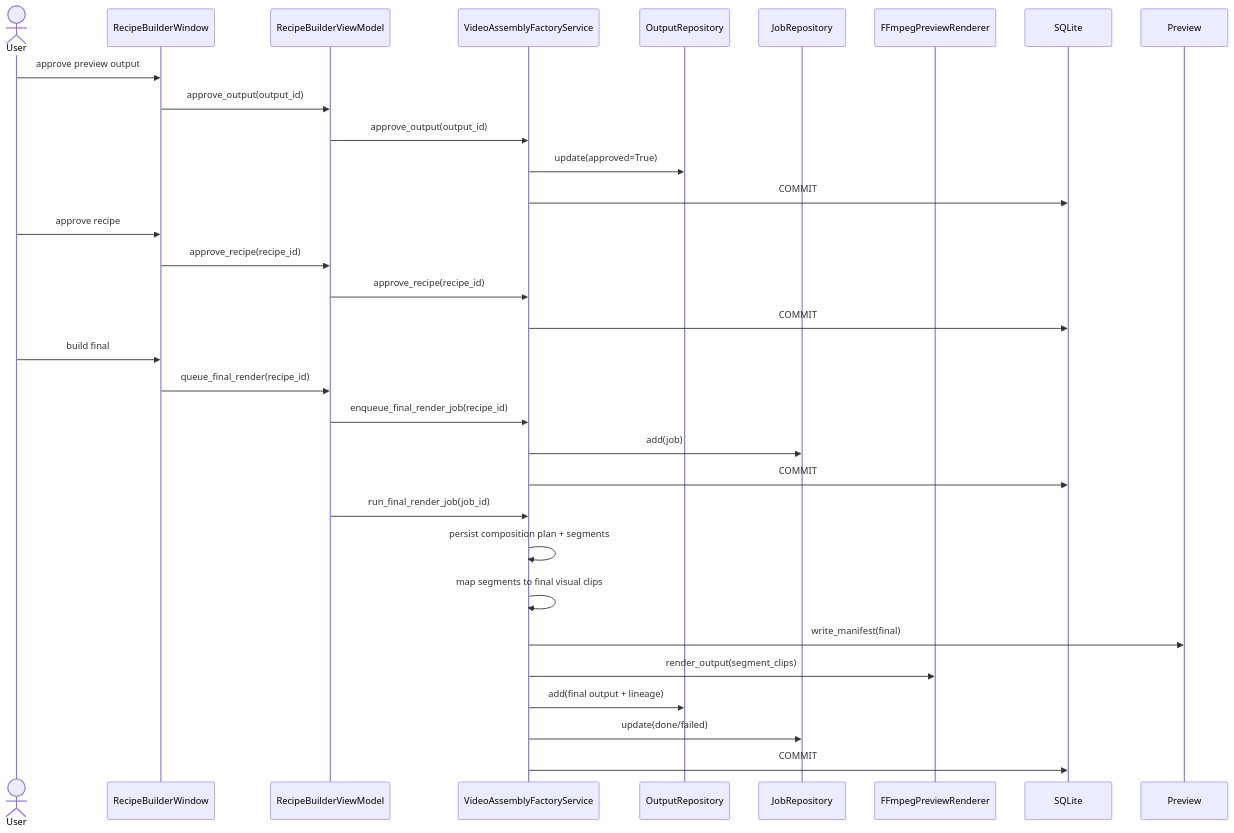
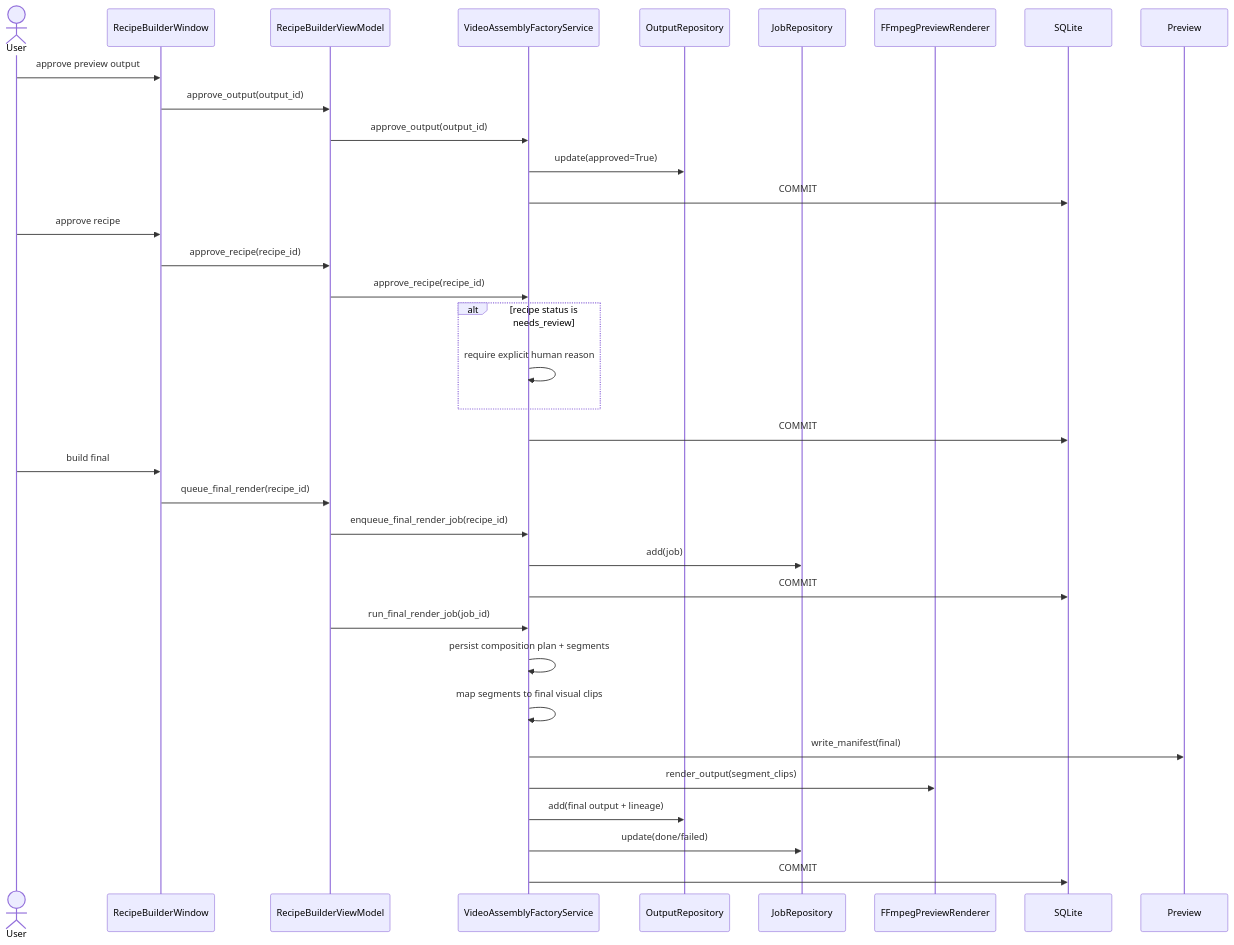
Before and after one commit to idev006/MTClipFactory: the fifth of 13 diagrams in doc/10_UML_System_Overview.md, drawn with Mermaid. The commit also changed other lines of this file and 29 other files, not shown here.

````diff
--- a/doc/10_UML_System_Overview.md
+++ b/doc/10_UML_System_Overview.md
@@ -317,34 +329,37 @@
 ```mermaid
 sequenceDiagram
     actor User
     participant View as RecipeBuilderWindow
     participant VM as RecipeBuilderViewModel
     participant Factory as VideoAssemblyFactoryService
     participant Out as OutputRepository
     participant JobRepo as JobRepository
     participant Render as FFmpegPreviewRenderer
     participant DB as SQLite
 
     User->>View: approve preview output
     View->>VM: approve_output(output_id)
     VM->>Factory: approve_output(output_id)
     Factory->>Out: update(approved=True)
     Factory->>DB: COMMIT
     User->>View: approve recipe
     View->>VM: approve_recipe(recipe_id)
     VM->>Factory: approve_recipe(recipe_id)
+    alt recipe status is needs_review
+        Factory->>Factory: require explicit human reason
+    end
     Factory->>DB: COMMIT
     User->>View: build final
     View->>VM: queue_final_render(recipe_id)
     VM->>Factory: enqueue_final_render_job(recipe_id)
     Factory->>JobRepo: add(job)
     Factory->>DB: COMMIT
     VM->>Factory: run_final_render_job(job_id)
     Factory->>Factory: persist composition plan + segments
     Factory->>Factory: map segments to final visual clips
     Factory->>Preview: write_manifest(final)
     Factory->>Render: render_output(segment_clips)
     Factory->>Out: add(final output + lineage)
     Factory->>JobRepo: update(done/failed)
     Factory->>DB: COMMIT
 ```
````
